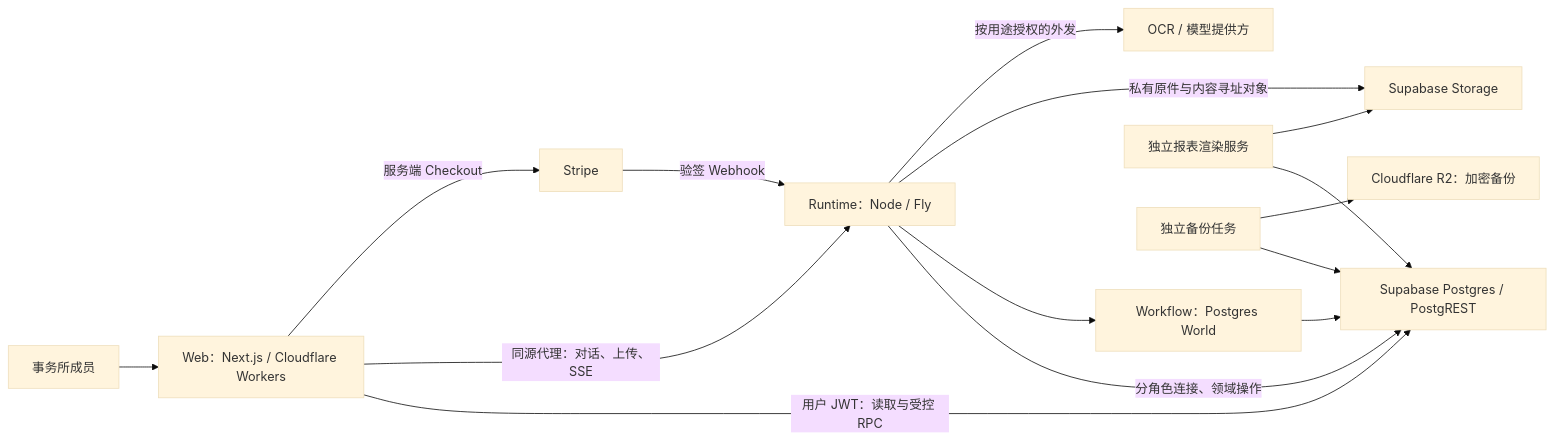
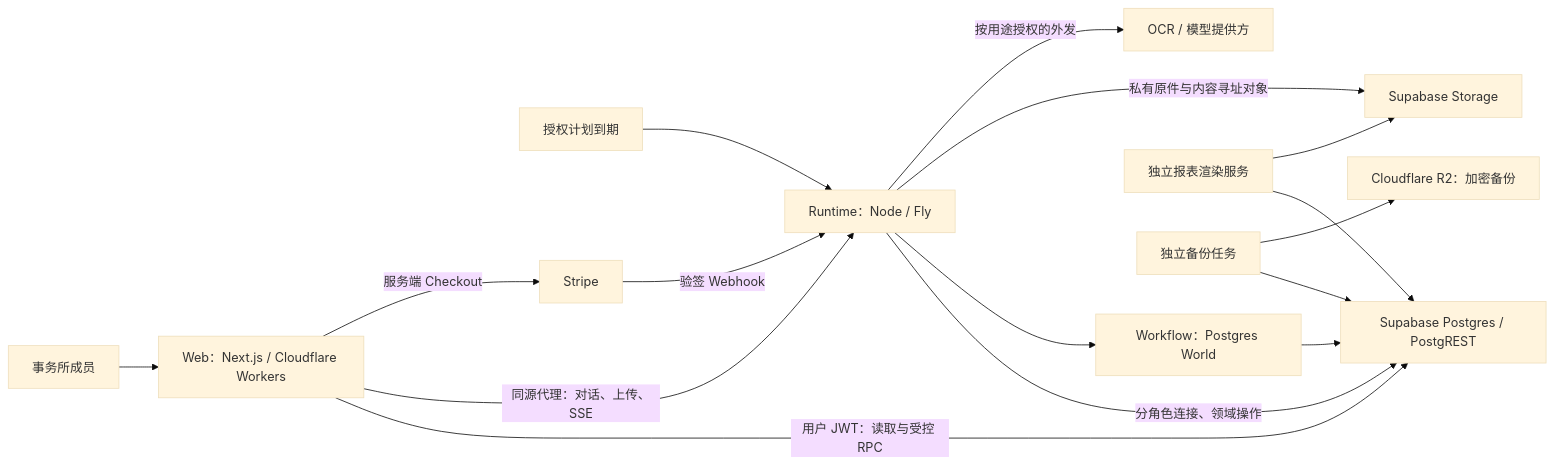
One commit to BELCORT-SDN-BHD/clara changed the diagram in docs/ARCHITECTURE.md. Above: the diagram before and after it, drawn with Mermaid (base theme). The commit also changed other lines of this file and 3 other files, not shown here.

First line of the commit message:
docs: PRD and ARCHITECTURE rewritten as concise blueprints with a maintenance frame; AGENTS protocol 4/5 split implement vs blueprint updates

````diff
--- a/docs/ARCHITECTURE.md
+++ b/docs/ARCHITECTURE.md
@@ -17,17 +38,18 @@
 ```mermaid
 flowchart LR
   Person[事务所成员] --> Web[Web：Next.js / Cloudflare Workers]
   Web -->|用户 JWT：读取与受控 RPC| DB[Supabase Postgres / PostgREST]
   Web -->|同源代理：对话、上传、SSE| Runtime[Runtime：Node / Fly]
+  Plans[授权计划到期] --> Runtime
   Runtime -->|分角色连接、领域操作| DB
   Runtime --> Engine[Workflow：Postgres World]
   Engine --> DB
   Runtime -->|私有原件与内容寻址对象| Storage[Supabase Storage]
   Runtime -->|按用途授权的外发| Providers[OCR / 模型提供方]
   Renderer[独立报表渲染服务] --> DB
   Renderer --> Storage
   Web -->|服务端 Checkout| Stripe[Stripe]
   Stripe -->|验签 Webhook| Runtime
   Backup[独立备份任务] --> DB
   Backup --> R2[Cloudflare R2：加密备份]
 ```
````
